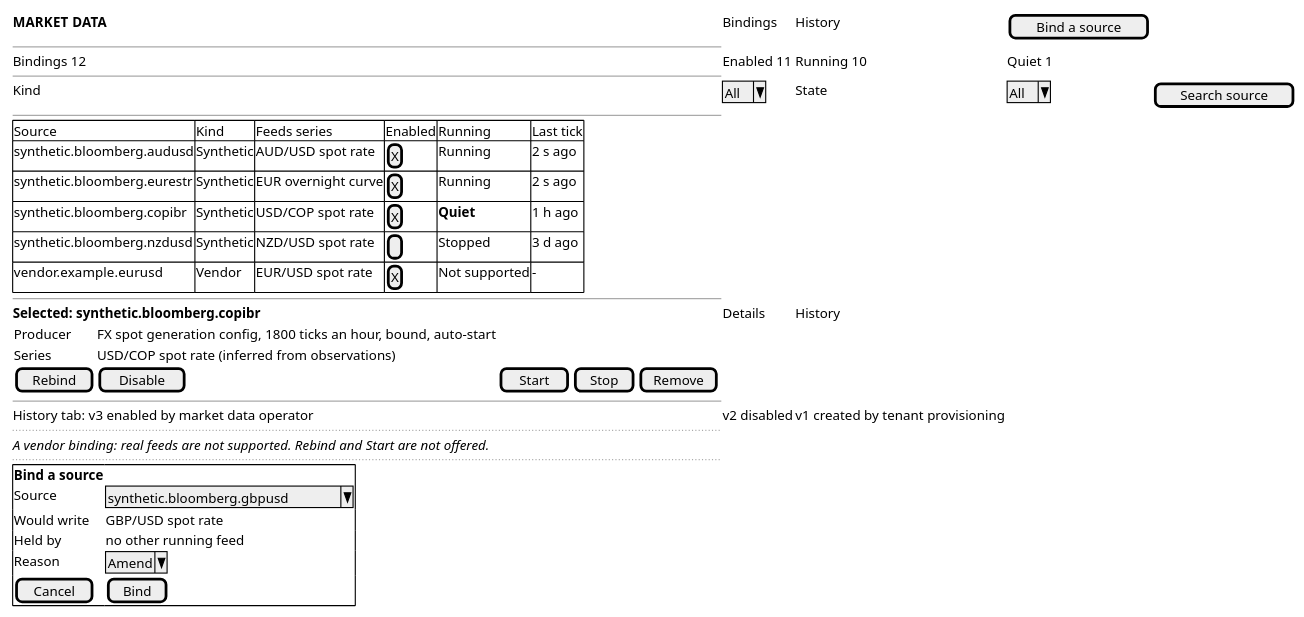
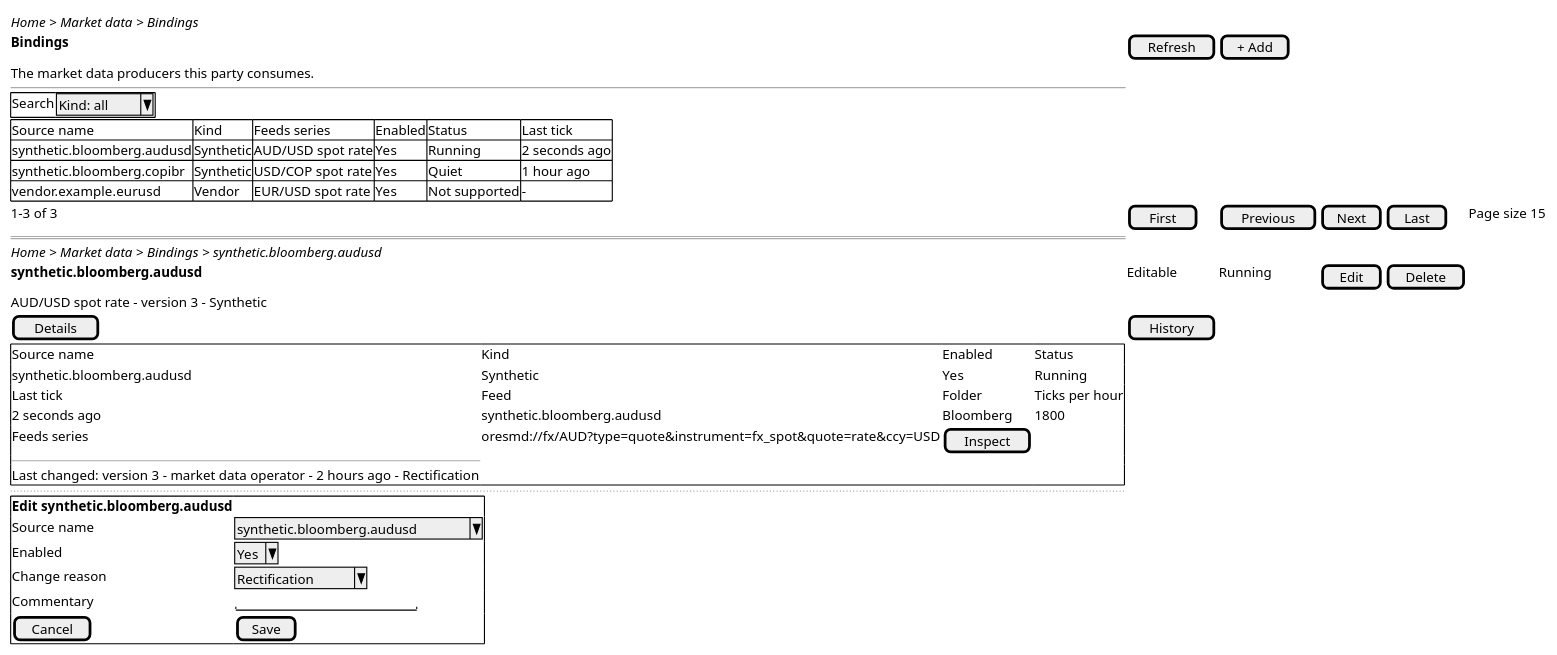
Before and after one commit to OreStudio/OreStudio: the diagram in doc/knowledge/journeys/market_data/wireframe_manage-market-data-bindings.puml, drawn with PlantUML. The commit also changed 7 other files, not shown here.

```diff
--- a/doc/knowledge/journeys/market_data/wireframe_manage-market-data-bindings.puml
+++ b/doc/knowledge/journeys/market_data/wireframe_manage-market-data-bindings.puml
@@ -18,41 +18,42 @@
 @startuml
 
 salt
 {
-  <b>MARKET DATA</b> | Bindings | History | [ Bind a source ]
+  <i>Home > Market data > Bindings</i>
+  <b>Bindings</b> | [ Refresh ] | [ + Add ]
+  The market data producers this party consumes.
   --
-  Bindings 12 | Enabled 11 | Running 10 | Quiet 1
-  --
-  Kind | ^All^ | State | ^All^ | [ Search source ]
-  --
+  {+ Search | ^Kind: all^ }
   {#
-    Source | Kind | Feeds series | Enabled | Running | Last tick
-    synthetic.bloomberg.audusd | Synthetic | AUD/USD spot rate | [X] | Running | 2 s ago
-    synthetic.bloomberg.eurestr | Synthetic | EUR overnight curve | [X] | Running | 2 s ago
-    synthetic.bloomberg.copibr | Synthetic | USD/COP spot rate | [X] | <b>Quiet</b> | 1 h ago
-    synthetic.bloomberg.nzdusd | Synthetic | NZD/USD spot rate | [ ] | Stopped | 3 d ago
-    vendor.example.eurusd | Vendor | EUR/USD spot rate | [X] | Not supported | -
+    Source name | Kind | Feeds series | Enabled | Status | Last tick
+    synthetic.bloomberg.audusd | Synthetic | AUD/USD spot rate | Yes | Running | 2 seconds ago
+    synthetic.bloomberg.copibr | Synthetic | USD/COP spot rate | Yes | Quiet | 1 hour ago
+    vendor.example.eurusd | Vendor | EUR/USD spot rate | Yes | Not supported | -
   }
-  --
-  <b>Selected: synthetic.bloomberg.copibr</b> | Details | History
-  {
-    Producer | FX spot generation config, 1800 ticks an hour, bound, auto-start
-    Series | USD/COP spot rate (inferred from observations)
-    | [ Rebind ] | [ Disable ] | [ Start ] | [ Stop ] | [ Remove ]
+  1-3 of 3 | [ First ] | [ Previous ] | [ Next ] | [ Last ] | Page size 15
+  ==
+  <i>Home > Market data > Bindings > synthetic.bloomberg.audusd</i>
+  <b>synthetic.bloomberg.audusd</b> | Editable | Running | [ Edit ] | [ Delete ]
+  AUD/USD spot rate - version 3 - Synthetic
+  [ Details ] | [ History ]
+  {+
+    Source name | Kind | Enabled | Status
+    synthetic.bloomberg.audusd | Synthetic | Yes | Running
+    Last tick | Feed | Folder | Ticks per hour
+    2 seconds ago | synthetic.bloomberg.audusd | Bloomberg | 1800
+    Feeds series | oresmd://fx/AUD?type=quote&instrument=fx_spot&quote=rate&ccy=USD | [ Inspect ]
+    --
+    Last changed: version 3 - market data operator - 2 hours ago - Rectification
   }
-  --
-  History tab: v3 enabled by market data operator | v2 disabled | v1 created by tenant provisioning
-  ..
-  <i>A vendor binding: real feeds are not supported. Rebind and Start are not offered.</i>
   ..
   {+
-    <b>Bind a source</b>
-    Source | ^synthetic.bloomberg.gbpusd^
-    Would write | GBP/USD spot rate
-    Held by | no other running feed
-    Reason | ^Amend^
-    [ Cancel ] | [ Bind ]
+    <b>Edit synthetic.bloomberg.audusd</b>
+    Source name | ^synthetic.bloomberg.audusd^
+    Enabled | ^Yes^
+    Change reason | ^Rectification^
+    Commentary | "                    "
+    [ Cancel ] | [ Save ]
   }
 }
 
 @enduml
```
